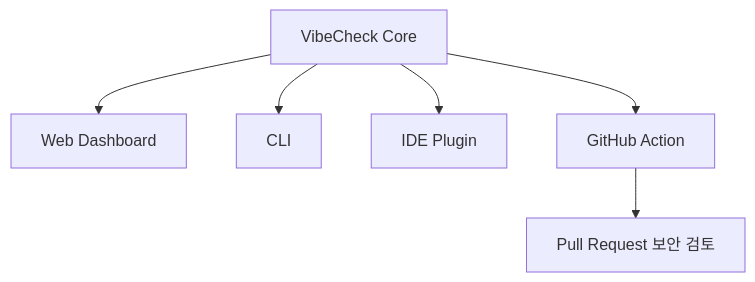
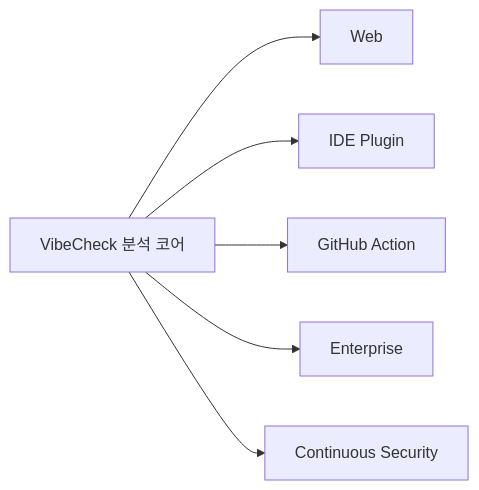
The second of 2 diagrams in README.md (dlwldn4824/codex_community), drawn with Mermaid before and after one commit. The commit also changed other lines of this file, not shown here.

First line of the commit message:
docs: rewrite README from the VibeCheck pitch deck

````diff
--- a/README.md
+++ b/README.md
@@ -284,8 +353,8 @@
 ```mermaid
-flowchart TB
-  A[VibeCheck Core] --> B[Web Dashboard]
-  A --> C[CLI]
-  A --> D[IDE Plugin]
-  A --> E[GitHub Action]
-  E --> F[Pull Request 보안 검토]
+flowchart LR
+  A[VibeCheck 분석 코어] --> B[Web]
+  A --> C[IDE Plugin]
+  A --> D[GitHub Action]
+  A --> E[Enterprise]
+  A --> F[Continuous Security]
 ```
````
